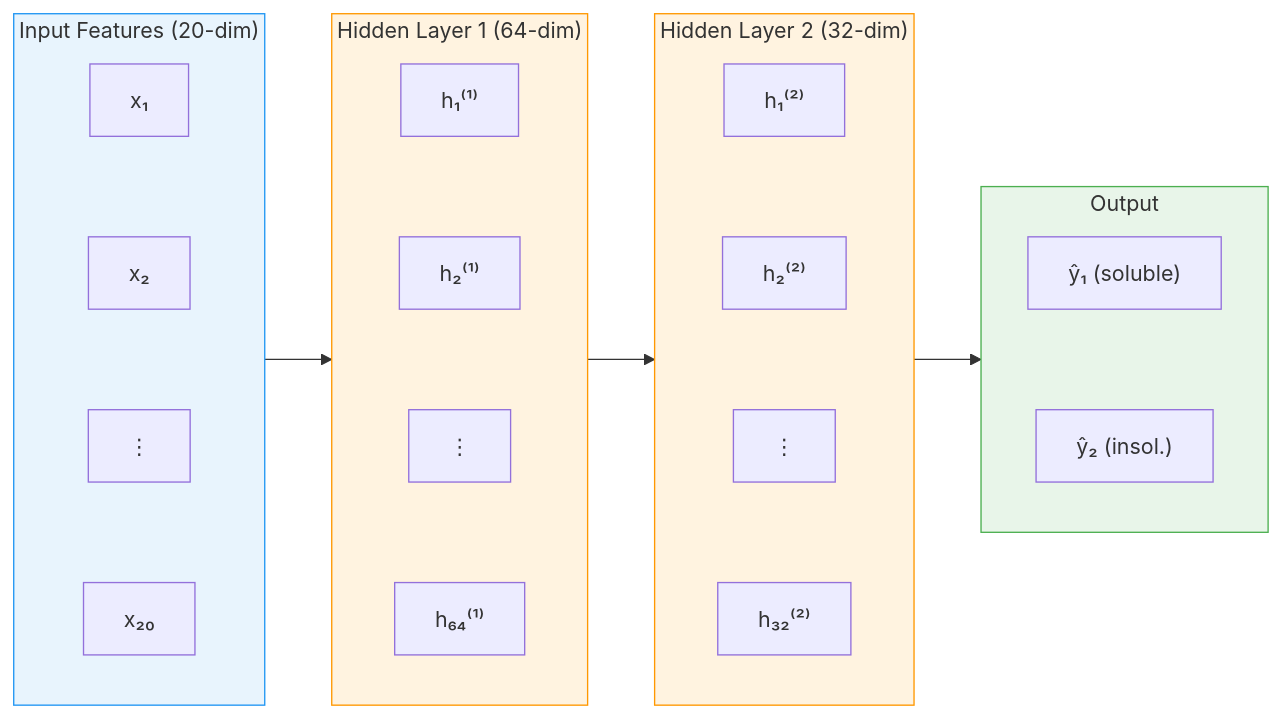
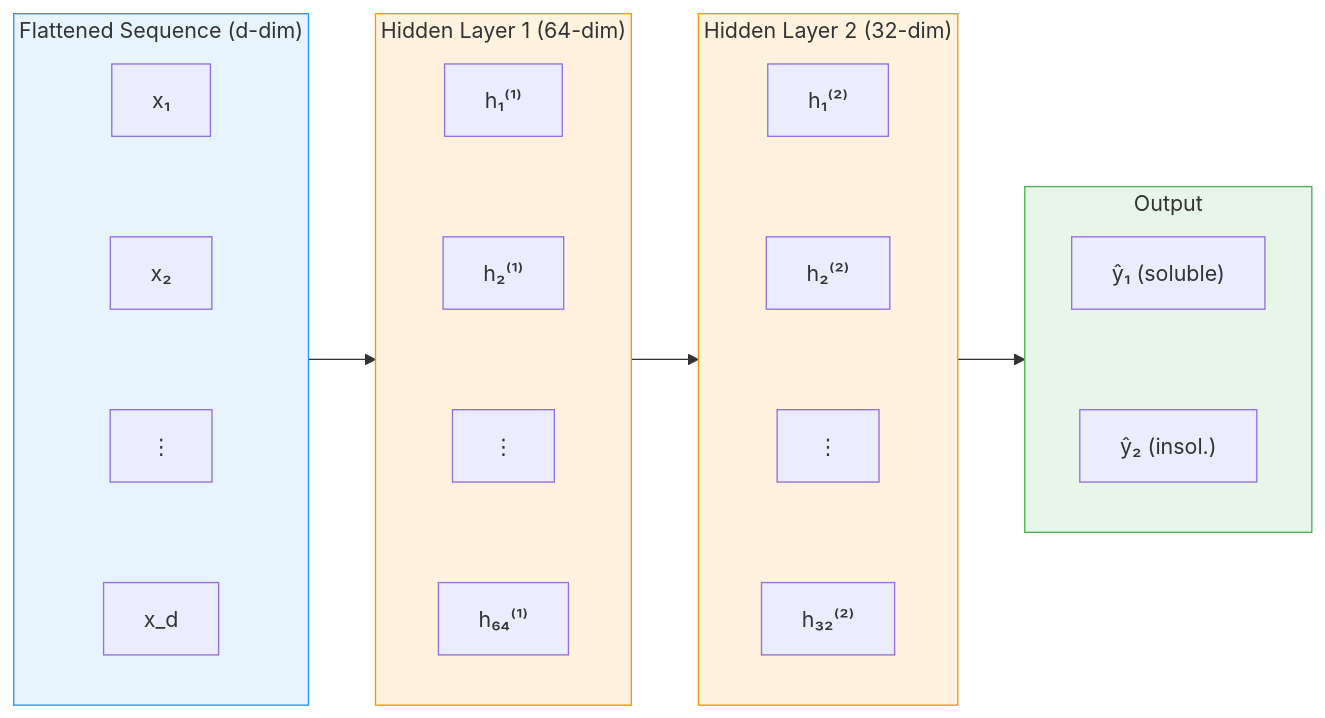
Before and after one commit to sungsoo-ahn/sungsoo-ahn.github.io: the diagram in assets/img/teaching/protein-ai/mermaid/s26-02-preliminary-protein-data_diagram_1.mmd, drawn with Mermaid. The commit also changed 3 other files, not shown here.

First line of the commit message:
docs: Switch P2 to sequence-based features with padding and flattening

```diff
--- a/assets/img/teaching/protein-ai/mermaid/s26-02-preliminary-protein-data_diagram_1.mmd
+++ b/assets/img/teaching/protein-ai/mermaid/s26-02-preliminary-protein-data_diagram_1.mmd
@@ -1,27 +1,27 @@
 flowchart LR
-    subgraph Input["Input Features (20-dim)"]
+    subgraph Input["Flattened Sequence (d-dim)"]
         direction TB
-        I1["x₁"] ~~~ I2["x₂"] ~~~ I3["⋮"] ~~~ I4["x₂₀"]
+        I1["x₁"] ~~~ I2["x₂"] ~~~ I3["⋮"] ~~~ I4["x_d"]
     end
 
     subgraph Hidden1["Hidden Layer 1 (64-dim)"]
         direction TB
         H1["h₁⁽¹⁾"] ~~~ H2["h₂⁽¹⁾"] ~~~ H3["⋮"] ~~~ H4["h₆₄⁽¹⁾"]
     end
 
     subgraph Hidden2["Hidden Layer 2 (32-dim)"]
         direction TB
         G1["h₁⁽²⁾"] ~~~ G2["h₂⁽²⁾"] ~~~ G3["⋮"] ~~~ G4["h₃₂⁽²⁾"]
     end
 
     subgraph Output["Output"]
         direction TB
         O1["ŷ₁ (soluble)"] ~~~ O2["ŷ₂ (insol.)"]
     end
 
     Input --> Hidden1 --> Hidden2 --> Output
 
     style Input fill:#e8f4fd,stroke:#2196F3
     style Hidden1 fill:#fff3e0,stroke:#FF9800
     style Hidden2 fill:#fff3e0,stroke:#FF9800
     style Output fill:#e8f5e9,stroke:#4CAF50
```
